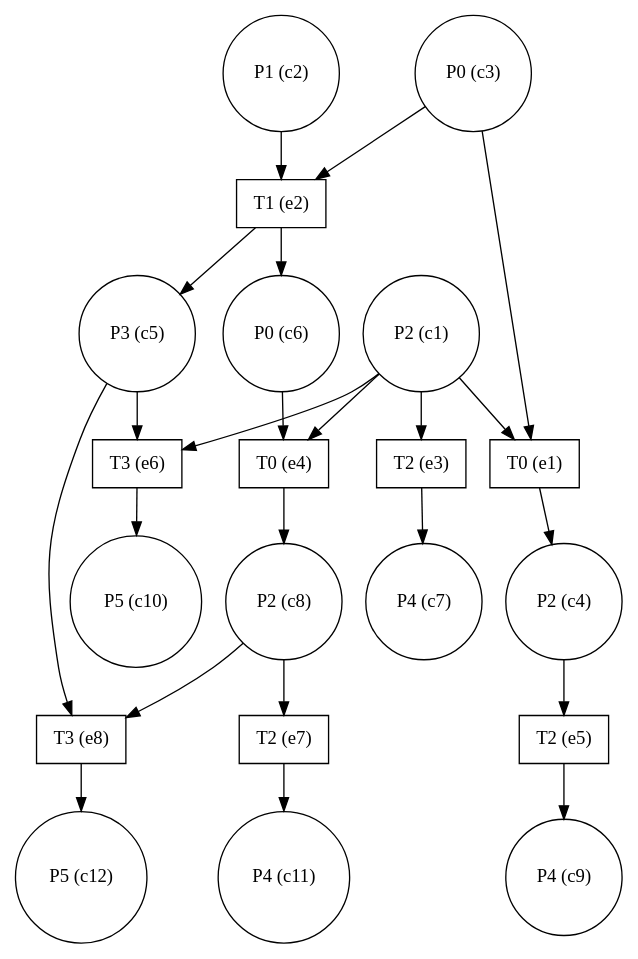
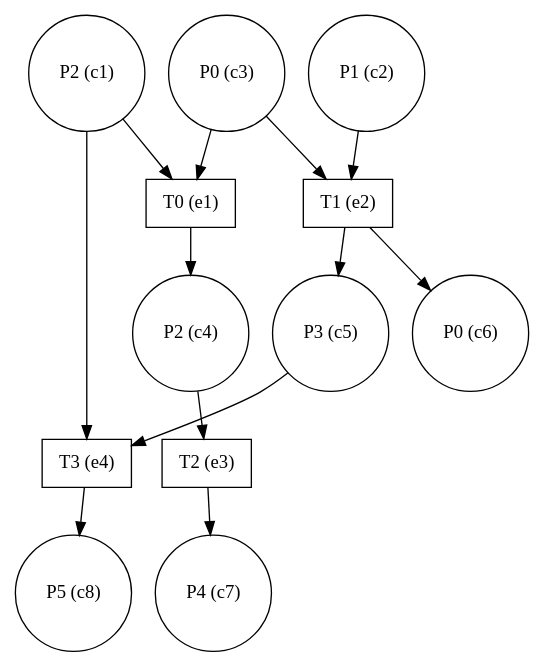
One commit to giannkas/ecofolder changed the diagram in small_eg.dot. Above: the diagram before and after it, drawn with Graphviz. The commit also changed 17 other files, not shown here.

```diff
--- a/small_eg.dot
+++ b/small_eg.dot
@@ -1,44 +1,26 @@
 digraph test {
-  c1 -> e6;
   c1 -> e4;
-  c1 -> e3;
   c1 -> e1;
   c2 -> e2;
   c3 -> e2;
   c3 -> e1;
   e1 -> c4;
-  c4 -> e5;
+  c4 -> e3;
   e2 -> c5;
-  c5 -> e8;
-  c5 -> e6;
+  c5 -> e4;
   e2 -> c6;
-  c6 -> e4;
   e3 -> c7;
   e4 -> c8;
-  c8 -> e8;
-  c8 -> e7;
-  e5 -> c9;
-  e6 -> c10;
-  e7 -> c11;
-  e8 -> c12;
   c1 [label="P2 (c1)" shape=circle];
   c2 [label="P1 (c2)" shape=circle];
   c3 [label="P0 (c3)" shape=circle];
   c4 [label="P2 (c4)" shape=circle];
   c5 [label="P3 (c5)" shape=circle];
   c6 [label="P0 (c6)" shape=circle];
   c7 [label="P4 (c7)" shape=circle];
-  c8 [label="P2 (c8)" shape=circle];
-  c9 [label="P4 (c9)" shape=circle];
-  c10 [label="P5 (c10)" shape=circle];
-  c11 [label="P4 (c11)" shape=circle];
-  c12 [label="P5 (c12)" shape=circle];
+  c8 [label="P5 (c8)" shape=circle];
   e1 [label="T0 (e1)" shape=box];
   e2 [label="T1 (e2)" shape=box];
   e3 [label="T2 (e3)" shape=box];
-  e4 [label="T0 (e4)" shape=box];
-  e5 [label="T2 (e5)" shape=box];
-  e6 [label="T3 (e6)" shape=box];
-  e7 [label="T2 (e7)" shape=box];
-  e8 [label="T3 (e8)" shape=box];
+  e4 [label="T3 (e4)" shape=box];
 }
```
